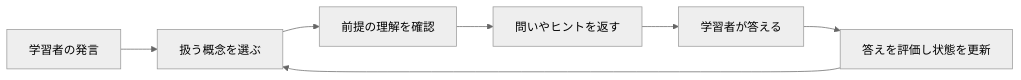
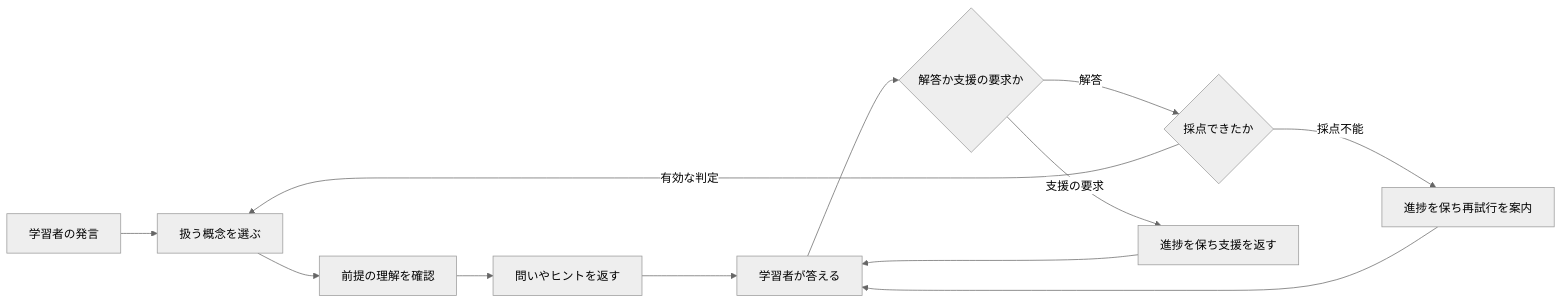
Before and after one commit to yukiharada1228/videoq: the diagram in apps/docs/i18n/ja/docusaurus-plugin-content-docs/current/plog/README.md, drawn with Mermaid (neutral theme). The commit also changed other lines of this file and 8 other files, not shown here.

````diff
--- a/apps/docs/i18n/ja/docusaurus-plugin-content-docs/current/plog/README.md
+++ b/apps/docs/i18n/ja/docusaurus-plugin-content-docs/current/plog/README.md
@@ -45,9 +45,14 @@
 ```mermaid
 flowchart LR
     Input[学習者の発言] --> Concept[扱う概念を選ぶ]
     Concept --> Prerequisite[前提の理解を確認]
     Prerequisite --> Question[問いやヒントを返す]
     Question --> Reply[学習者が答える]
-    Reply --> Grade[答えを評価し状態を更新]
-    Grade --> Concept
+    Reply --> Intent{解答か支援の要求か}
+    Intent -->|解答| Grade{採点できたか}
+    Grade -->|有効な判定| Concept
+    Grade -->|採点不能| Retry[進捗を保ち再試行を案内]
+    Intent -->|支援の要求| Help[進捗を保ち支援を返す]
+    Retry --> Reply
+    Help --> Reply
 ```
````
